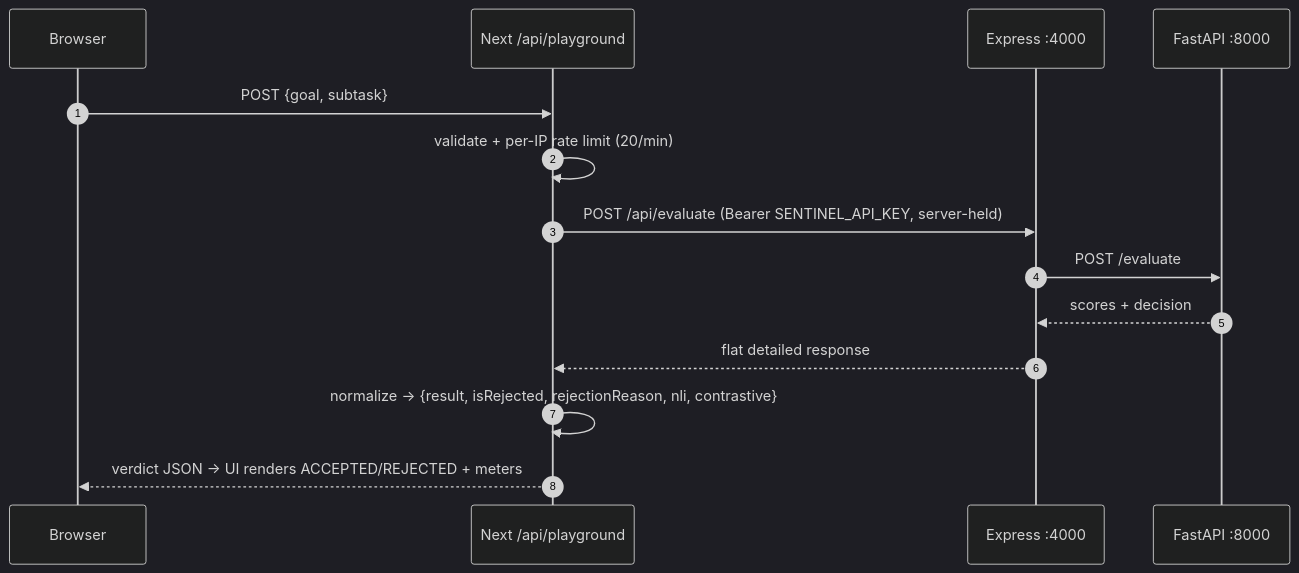
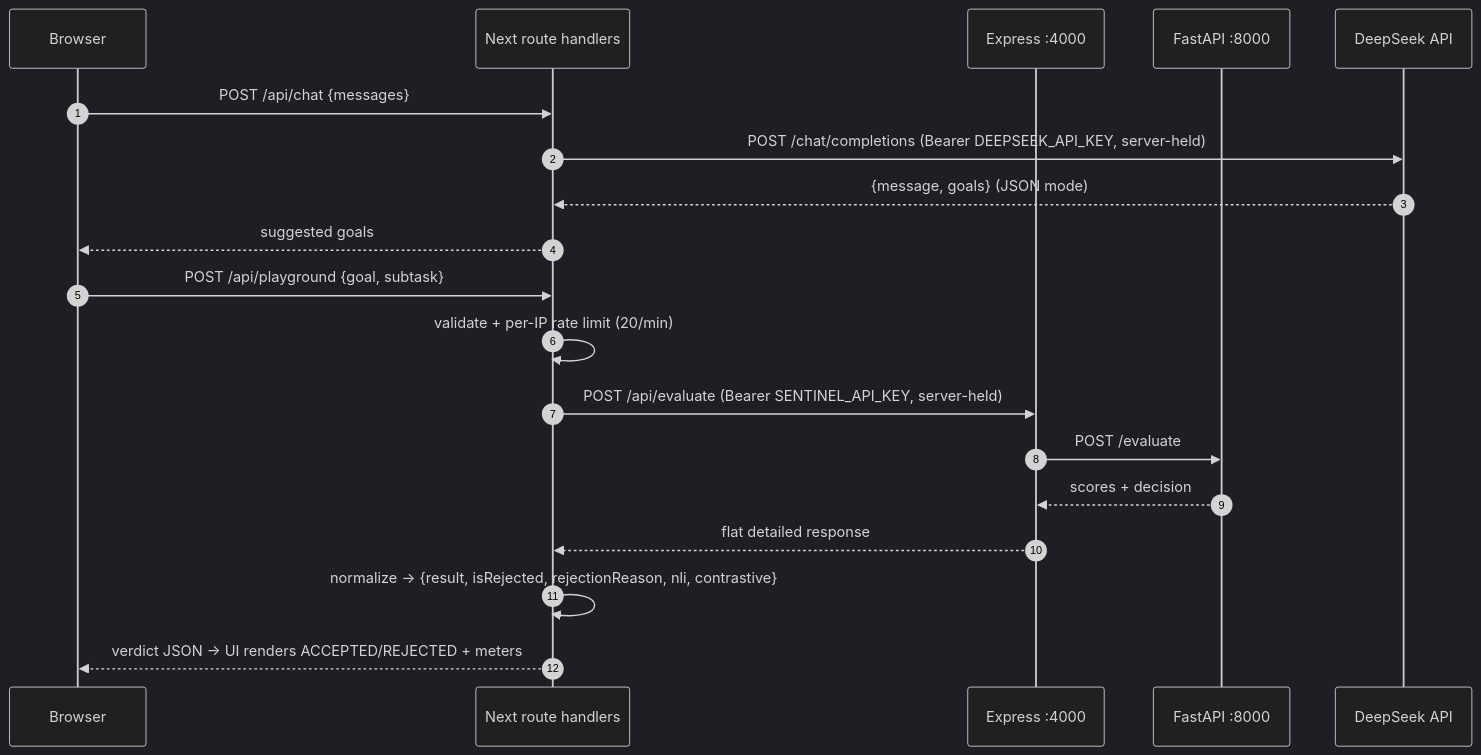
Before and after one commit to MyselLDM/sentinel-tool: the third of 6 diagrams in ARCHITECTURE.md, drawn with Mermaid (dark theme). The commit also changed other lines of this file, not shown here.

Commit message:
master: ARCHITECTURE.md update

````diff
--- a/ARCHITECTURE.md
+++ b/ARCHITECTURE.md
@@ -328,17 +352,23 @@
 ```mermaid
 sequenceDiagram
   autonumber
   participant B as Browser
-  participant N as Next /api/playground
+  participant N as Next route handlers
   participant E as Express :4000
   participant F as FastAPI :8000
+  participant D as DeepSeek API
 
-  B->>N: POST {goal, subtask}
+  B->>N: POST /api/chat {messages}
+  N->>D: POST /chat/completions (Bearer DEEPSEEK_API_KEY, server-held)
+  D-->>N: {message, goals} (JSON mode)
+  N-->>B: suggested goals
+
+  B->>N: POST /api/playground {goal, subtask}
   N->>N: validate + per-IP rate limit (20/min)
   N->>E: POST /api/evaluate (Bearer SENTINEL_API_KEY, server-held)
   E->>F: POST /evaluate
   F-->>E: scores + decision
   E-->>N: flat detailed response
   N->>N: normalize → {result, isRejected, rejectionReason, nli, contrastive}
   N-->>B: verdict JSON → UI renders ACCEPTED/REJECTED + meters
 ```
````
